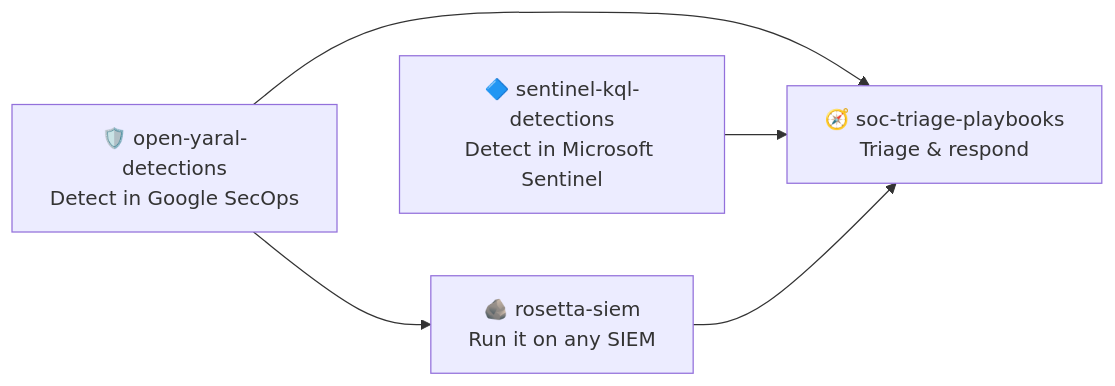
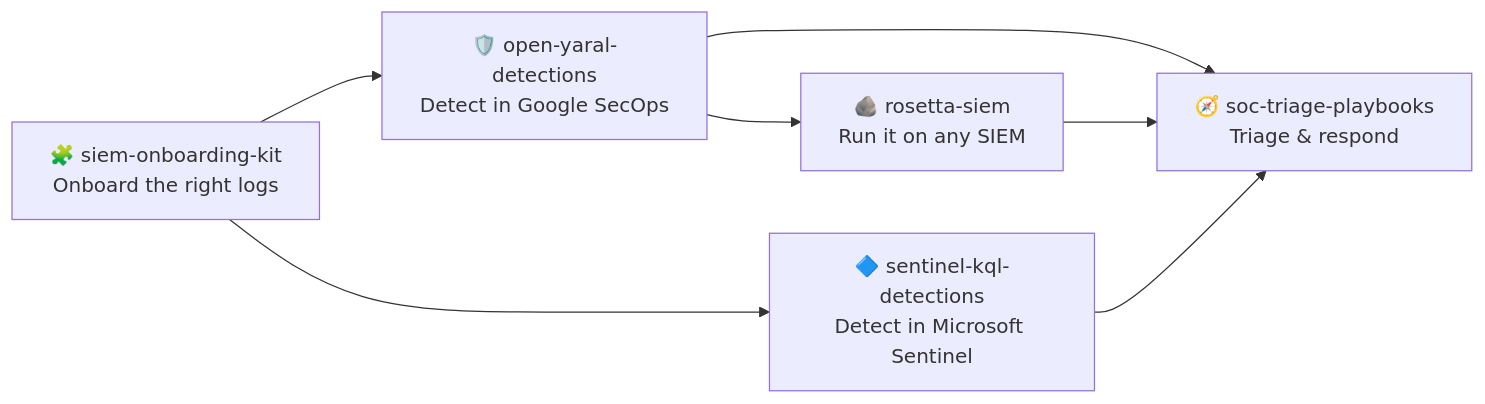
Before and after one commit to rizwancyberlock-svg/rizwancyberlock-svg: the diagram in README.md, drawn with Mermaid. The commit also changed other lines of this file, not shown here.

Commit message:
Add siem-onboarding-kit to related projects

````diff
--- a/README.md
+++ b/README.md
@@ -54,7 +62,9 @@
 ```mermaid
 flowchart LR
+  O["🧩 siem-onboarding-kit<br/>Onboard the right logs"] --> D
+  O --> K
   D["🛡️ open-yaral-detections<br/>Detect in Google SecOps"] --> T["🧭 soc-triage-playbooks<br/>Triage & respond"]
   K["🔷 sentinel-kql-detections<br/>Detect in Microsoft Sentinel"] --> T
   D --> R["🪨 rosetta-siem<br/>Run it on any SIEM"]
   R --> T
 ```
````
